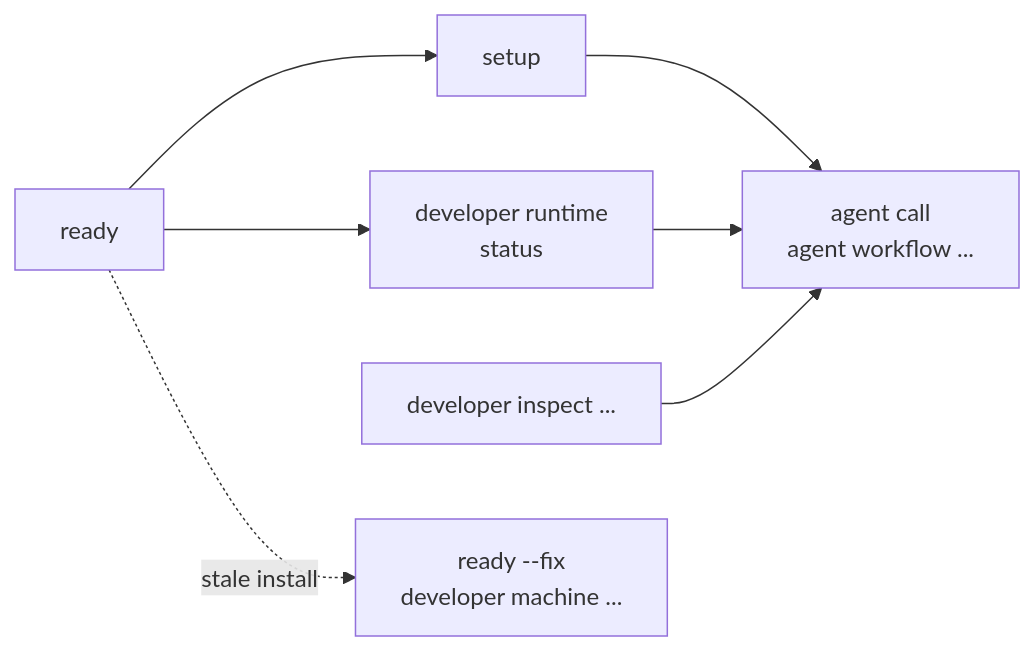
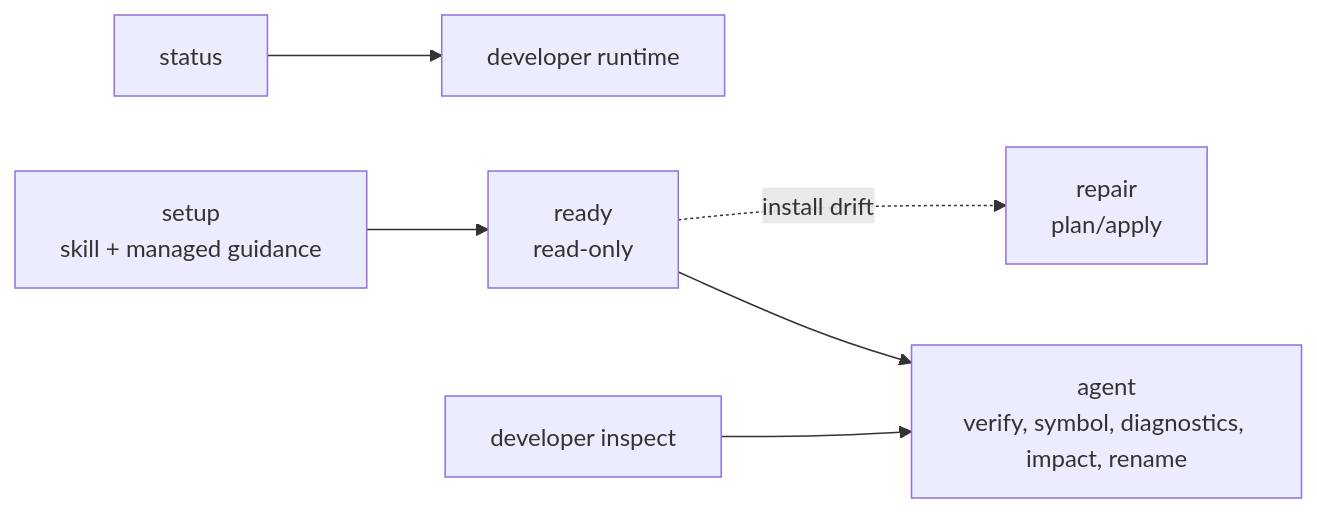
The diagram in docs/commands/index.md (amichne/kast), drawn with Mermaid before and after one commit. The commit also changed other lines of this file and 56 other files, not shown here.

````diff
--- a/docs/commands/index.md
+++ b/docs/commands/index.md
@@ -20,16 +15,16 @@
 ```mermaid
 flowchart LR
-    ready["ready"]
-    setup["setup"]
-    runtime["developer runtime<br/>status"]
-    inspect["developer inspect ..."]
-    semantic["agent call<br/>agent workflow ..."]
-    repair["ready --fix<br/>developer machine ..."]
+    setup["setup<br/>skill + managed guidance"]
+    ready["ready<br/>read-only"]
+    repair["repair<br/>plan/apply"]
+    status["status"]
+    agent["agent<br/>verify, symbol, diagnostics, impact, rename"]
+    runtime["developer runtime"]
+    inspect["developer inspect"]
 
-    ready --> setup
-    ready --> runtime
-    setup --> semantic
-    runtime --> semantic
-    inspect --> semantic
-    ready -. stale install .-> repair
+    setup --> ready
+    ready --> agent
+    ready -. install drift .-> repair
+    status --> runtime
+    inspect --> agent
 ```
````
